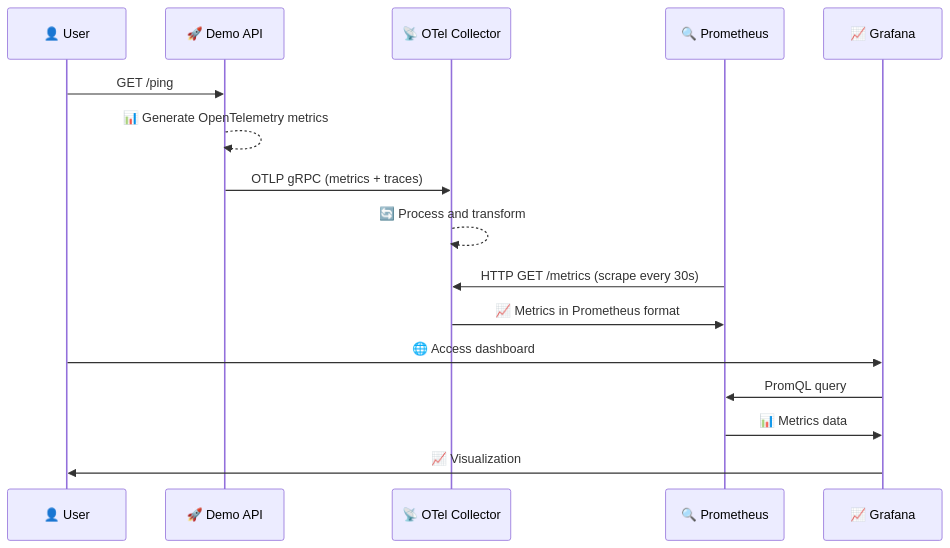
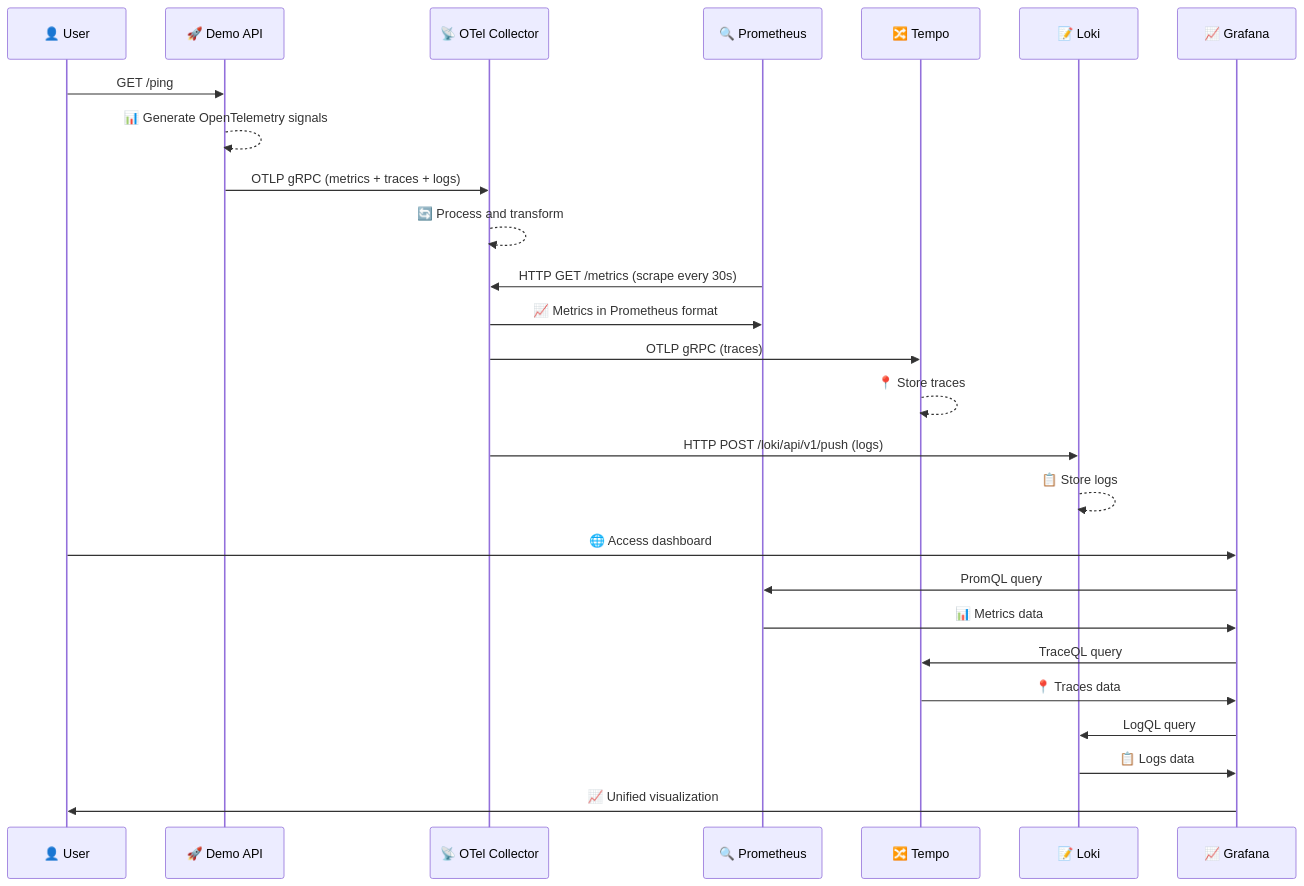
The second of 4 diagrams in architecture-diagram.md (RubenGomGar/monitoring-workshop), drawn with Mermaid before and after one commit. The commit also changed other lines of this file, not shown here.

Commit message:
Update arch diagrams

````diff
--- a/architecture-diagram.md
+++ b/architecture-diagram.md
@@ -116,19 +128,37 @@
 ```mermaid
 sequenceDiagram
     participant User as 👤 User
     participant API as 🚀 Demo API
     participant OTEL as 📡 OTel Collector
     participant PROM as 🔍 Prometheus
+    participant TEMPO as 🔀 Tempo
+    participant LOKI as 📝 Loki
     participant GRAF as 📈 Grafana
 
     User->>API: GET /ping
-    API-->>API: 📊 Generate OpenTelemetry metrics
-    API->>OTEL: OTLP gRPC (metrics + traces)
+    API-->>API: 📊 Generate OpenTelemetry signals
+    API->>OTEL: OTLP gRPC (metrics + traces + logs)
     OTEL-->>OTEL: 🔄 Process and transform
+    
+    %% Metrics flow
     PROM->>OTEL: HTTP GET /metrics (scrape every 30s)
     OTEL->>PROM: 📈 Metrics in Prometheus format
+    
+    %% Traces flow
+    OTEL->>TEMPO: OTLP gRPC (traces)
+    TEMPO-->>TEMPO: 📍 Store traces
+    
+    %% Logs flow
+    OTEL->>LOKI: HTTP POST /loki/api/v1/push (logs)
+    LOKI-->>LOKI: 📋 Store logs
+    
+    %% Grafana queries
     User->>GRAF: 🌐 Access dashboard
     GRAF->>PROM: PromQL query
     PROM->>GRAF: 📊 Metrics data
-    GRAF->>User: 📈 Visualization
+    GRAF->>TEMPO: TraceQL query
+    TEMPO->>GRAF: 📍 Traces data
+    GRAF->>LOKI: LogQL query
+    LOKI->>GRAF: 📋 Logs data
+    GRAF->>User: 📈 Unified visualization
 ```
````
